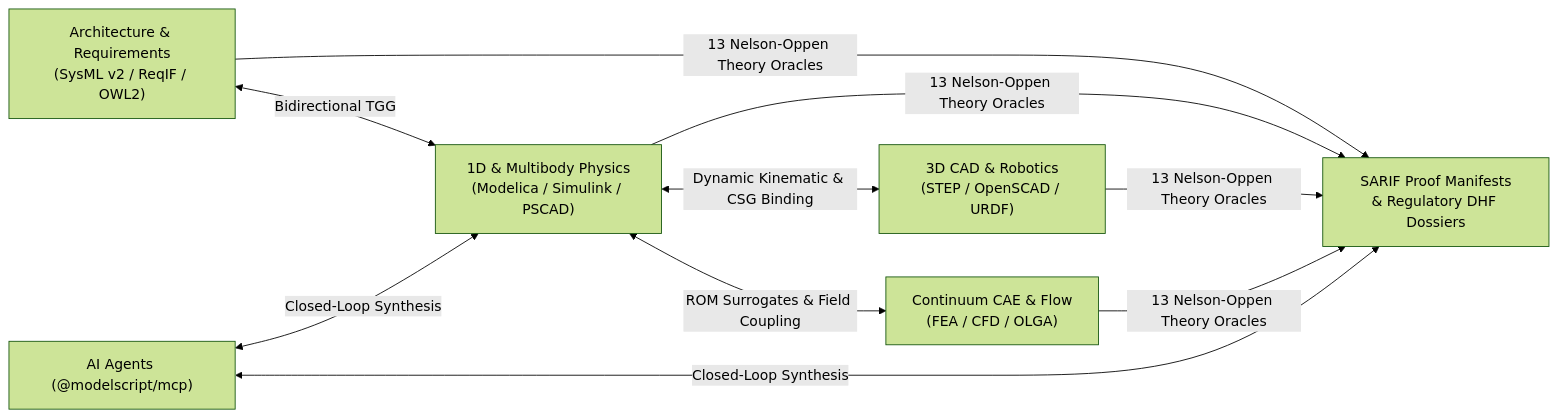
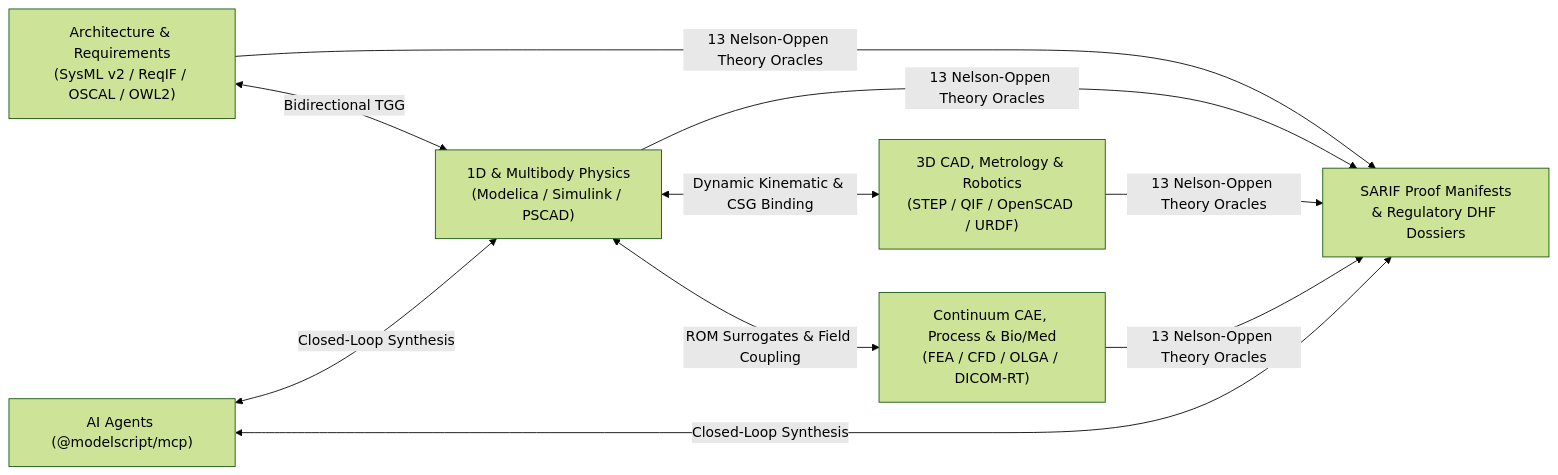
The diagram in apps/docs/docs/guide/introduction.md (modelscript/modelscript), drawn with Mermaid (forest theme) before and after one commit. The commit also changed other lines of this file and 716 other files, not shown here.

````diff
--- a/apps/docs/docs/guide/introduction.md
+++ b/apps/docs/docs/guide/introduction.md
@@ -23,8 +24,8 @@
 ```mermaid
 flowchart LR
-    A["Architecture & Requirements<br/>(SysML v2 / ReqIF / OWL2)"] <-->|"Bidirectional TGG"| P["1D & Multibody Physics<br/>(Modelica / Simulink / PSCAD)"]
-    P <-->|"Dynamic Kinematic & CSG Binding"| G["3D CAD & Robotics<br/>(STEP / OpenSCAD / URDF)"]
-    P <-->|"ROM Surrogates & Field Coupling"| C["Continuum CAE & Flow<br/>(FEA / CFD / OLGA)"]
+    A["Architecture & Requirements<br/>(SysML v2 / ReqIF / OSCAL / OWL2)"] <-->|"Bidirectional TGG"| P["1D & Multibody Physics<br/>(Modelica / Simulink / PSCAD)"]
+    P <-->|"Dynamic Kinematic & CSG Binding"| G["3D CAD, Metrology & Robotics<br/>(STEP / QIF / OpenSCAD / URDF)"]
+    P <-->|"ROM Surrogates & Field Coupling"| C["Continuum CAE, Process & Bio/Med<br/>(FEA / CFD / OLGA / DICOM-RT)"]
     A & P & G & C -->|"13 Nelson-Oppen Theory Oracles"| V["SARIF Proof Manifests<br/>& Regulatory DHF Dossiers"]
     M["AI Agents (@modelscript/mcp)"] <-->|"Closed-Loop Synthesis"| P & V
 ```
````
